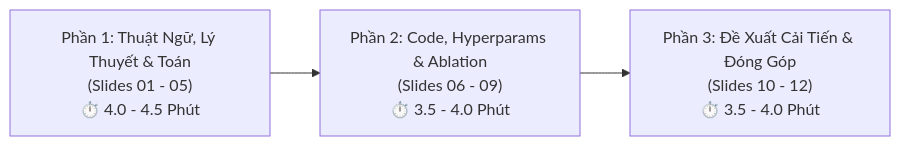
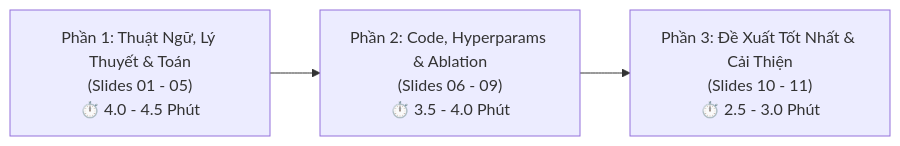
One commit to snowflake-vibing/Project-Experimental-TiDE changed the diagram in tasks-Hieu/presentation/slide/script_thuyet_trinh_tung_slide.md. Above: the diagram before and after it, drawn with Mermaid. The commit also changed other lines of this file and 19 other files, not shown here.

````diff
--- a/tasks-Hieu/presentation/slide/script_thuyet_trinh_tung_slide.md
+++ b/tasks-Hieu/presentation/slide/script_thuyet_trinh_tung_slide.md
@@ -14,5 +14,5 @@
 ```mermaid
 flowchart LR
     P1["Phần 1: Thuật Ngữ, Lý Thuyết & Toán\n(Slides 01 - 05)\n⏱️ 4.0 - 4.5 Phút"] --> P2["Phần 2: Code, Hyperparams & Ablation\n(Slides 06 - 09)\n⏱️ 3.5 - 4.0 Phút"]
-    P2 --> P3["Phần 3: Đề Xuất Cải Tiến & Đóng Góp\n(Slides 10 - 12)\n⏱️ 3.5 - 4.0 Phút"]
+    P2 --> P3["Phần 3: Đề Xuất Tốt Nhất & Cải Thiện\n(Slides 10 - 11)\n⏱️ 2.5 - 3.0 Phút"]
 ```
````
